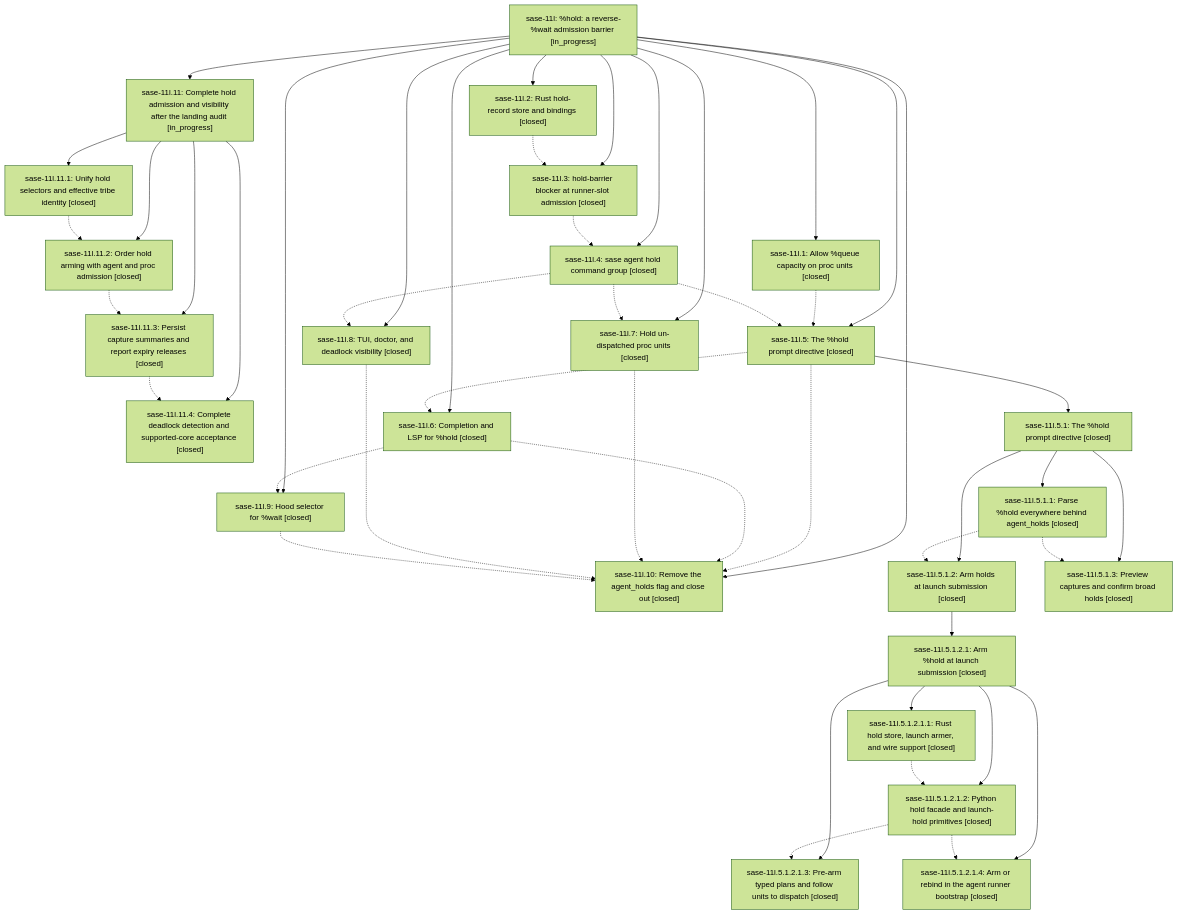
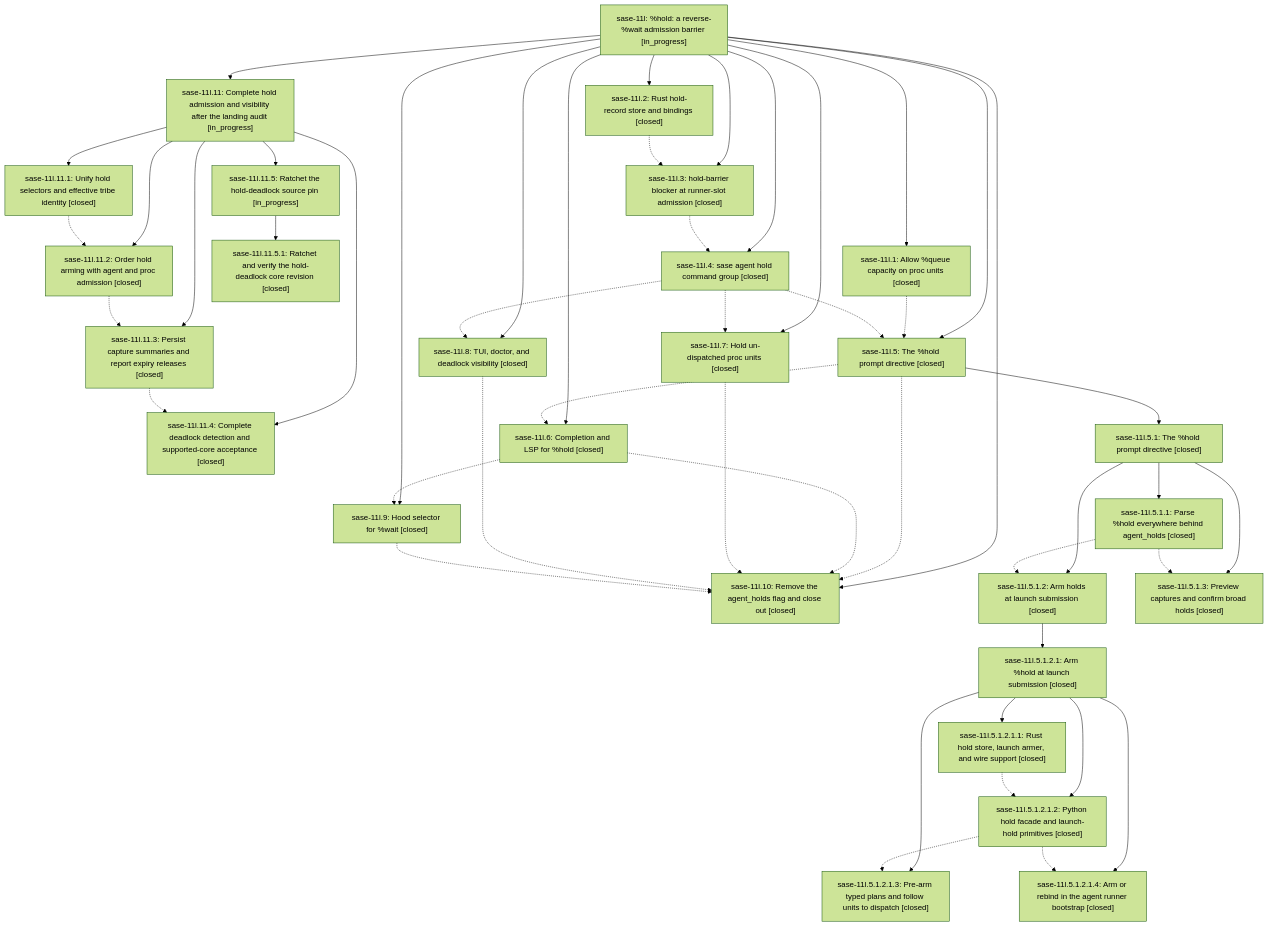
One commit to sase-org/sase--beads changed the diagram in pages/sase-11l/README.md. Above: the diagram before and after it, drawn with Mermaid (forest theme). The commit also changed other lines of this file and 3 other files, not shown here.

````diff
--- a/pages/sase-11l/README.md
+++ b/pages/sase-11l/README.md
@@ -68,73 +68,77 @@
 ```mermaid
 flowchart TD
     n0["sase-11l: %hold: a reverse-%wait admission barrier [in_progress]"]
     n1["sase-11l.1: Allow %queue capacity on proc units [closed]"]
     n2["sase-11l.10: Remove the agent_holds flag and close out [closed]"]
     n3["sase-11l.11: Complete hold admission and visibility after the landing audit [in_progress]"]
     n4["sase-11l.11.1: Unify hold selectors and effective tribe identity [closed]"]
     n5["sase-11l.11.2: Order hold arming with agent and proc admission [closed]"]
     n6["sase-11l.11.3: Persist capture summaries and report expiry releases [closed]"]
     n7["sase-11l.11.4: Complete deadlock detection and supported-core acceptance [closed]"]
-    n8["sase-11l.2: Rust hold-record store and bindings [closed]"]
-    n9["sase-11l.3: hold-barrier blocker at runner-slot admission [closed]"]
-    n10["sase-11l.4: sase agent hold command group [closed]"]
-    n11["sase-11l.5: The %hold prompt directive [closed]"]
-    n12["sase-11l.5.1: The %hold prompt directive [closed]"]
-    n13["sase-11l.5.1.1: Parse %hold everywhere behind agent_holds [closed]"]
-    n14["sase-11l.5.1.2: Arm holds at launch submission [closed]"]
-    n15["sase-11l.5.1.2.1: Arm %hold at launch submission [closed]"]
-    n16["sase-11l.5.1.2.1.1: Rust hold store, launch armer, and wire support [closed]"]
-    n17["sase-11l.5.1.2.1.2: Python hold facade and launch-hold primitives [closed]"]
-    n18["sase-11l.5.1.2.1.3: Pre-arm typed plans and follow units to dispatch [closed]"]
-    n19["sase-11l.5.1.2.1.4: Arm or rebind in the agent runner bootstrap [closed]"]
-    n20["sase-11l.5.1.3: Preview captures and confirm broad holds [closed]"]
-    n21["sase-11l.6: Completion and LSP for %hold [closed]"]
-    n22["sase-11l.7: Hold un-dispatched proc units [closed]"]
-    n23["sase-11l.8: TUI, doctor, and deadlock visibility [closed]"]
-    n24["sase-11l.9: Hood selector for %wait [closed]"]
+    n8["sase-11l.11.5: Ratchet the hold-deadlock source pin [in_progress]"]
+    n9["sase-11l.11.5.1: Ratchet and verify the hold-deadlock core revision [closed]"]
+    n10["sase-11l.2: Rust hold-record store and bindings [closed]"]
+    n11["sase-11l.3: hold-barrier blocker at runner-slot admission [closed]"]
+    n12["sase-11l.4: sase agent hold command group [closed]"]
+    n13["sase-11l.5: The %hold prompt directive [closed]"]
+    n14["sase-11l.5.1: The %hold prompt directive [closed]"]
+    n15["sase-11l.5.1.1: Parse %hold everywhere behind agent_holds [closed]"]
+    n16["sase-11l.5.1.2: Arm holds at launch submission [closed]"]
+    n17["sase-11l.5.1.2.1: Arm %hold at launch submission [closed]"]
+    n18["sase-11l.5.1.2.1.1: Rust hold store, launch armer, and wire support [closed]"]
+    n19["sase-11l.5.1.2.1.2: Python hold facade and launch-hold primitives [closed]"]
+    n20["sase-11l.5.1.2.1.3: Pre-arm typed plans and follow units to dispatch [closed]"]
+    n21["sase-11l.5.1.2.1.4: Arm or rebind in the agent runner bootstrap [closed]"]
+    n22["sase-11l.5.1.3: Preview captures and confirm broad holds [closed]"]
+    n23["sase-11l.6: Completion and LSP for %hold [closed]"]
+    n24["sase-11l.7: Hold un-dispatched proc units [closed]"]
+    n25["sase-11l.8: TUI, doctor, and deadlock visibility [closed]"]
+    n26["sase-11l.9: Hood selector for %wait [closed]"]
     n0 --> n1
     n0 --> n2
     n0 --> n3
     n3 --> n4
     n3 --> n5
     n3 --> n6
     n3 --> n7
-    n0 --> n8
-    n0 --> n9
+    n3 --> n8
+    n8 --> n9
     n0 --> n10
     n0 --> n11
-    n11 --> n12
-    n12 --> n13
-    n12 --> n14
+    n0 --> n12
+    n0 --> n13
+    n13 --> n14
     n14 --> n15
-    n15 --> n16
-    n15 --> n17
-    n15 --> n18
-    n15 --> n19
-    n12 --> n20
-    n0 --> n21
-    n0 --> n22
+    n14 --> n16
+    n16 --> n17
+    n17 --> n18
+    n17 --> n19
+    n17 --> n20
+    n17 --> n21
+    n14 --> n22
     n0 --> n23
     n0 --> n24
-    n1 -.-> n11
+    n0 --> n25
+    n0 --> n26
+    n1 -.-> n13
     n4 -.-> n5
     n5 -.-> n6
     n6 -.-> n7
-    n8 -.-> n9
-    n9 -.-> n10
     n10 -.-> n11
-    n10 -.-> n22
-    n10 -.-> n23
-    n11 -.-> n2
-    n11 -.-> n21
-    n13 -.-> n14
-    n13 -.-> n20
-    n16 -.-> n17
-    n17 -.-> n18
-    n17 -.-> n19
-    n21 -.-> n2
-    n21 -.-> n24
-    n22 -.-> n2
+    n11 -.-> n12
+    n12 -.-> n13
+    n12 -.-> n24
+    n12 -.-> n25
+    n13 -.-> n2
+    n13 -.-> n23
+    n15 -.-> n16
+    n15 -.-> n22
+    n18 -.-> n19
+    n19 -.-> n20
+    n19 -.-> n21
     n23 -.-> n2
+    n23 -.-> n26
     n24 -.-> n2
+    n25 -.-> n2
+    n26 -.-> n2
 ```
````
